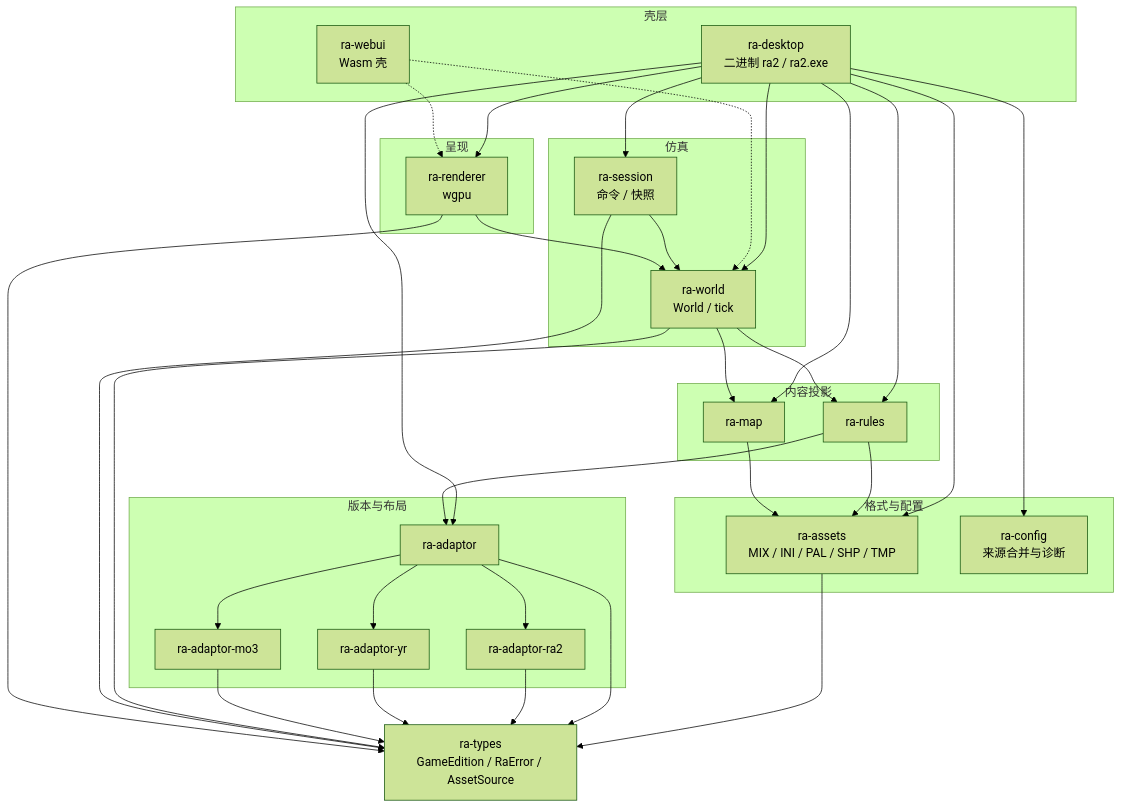
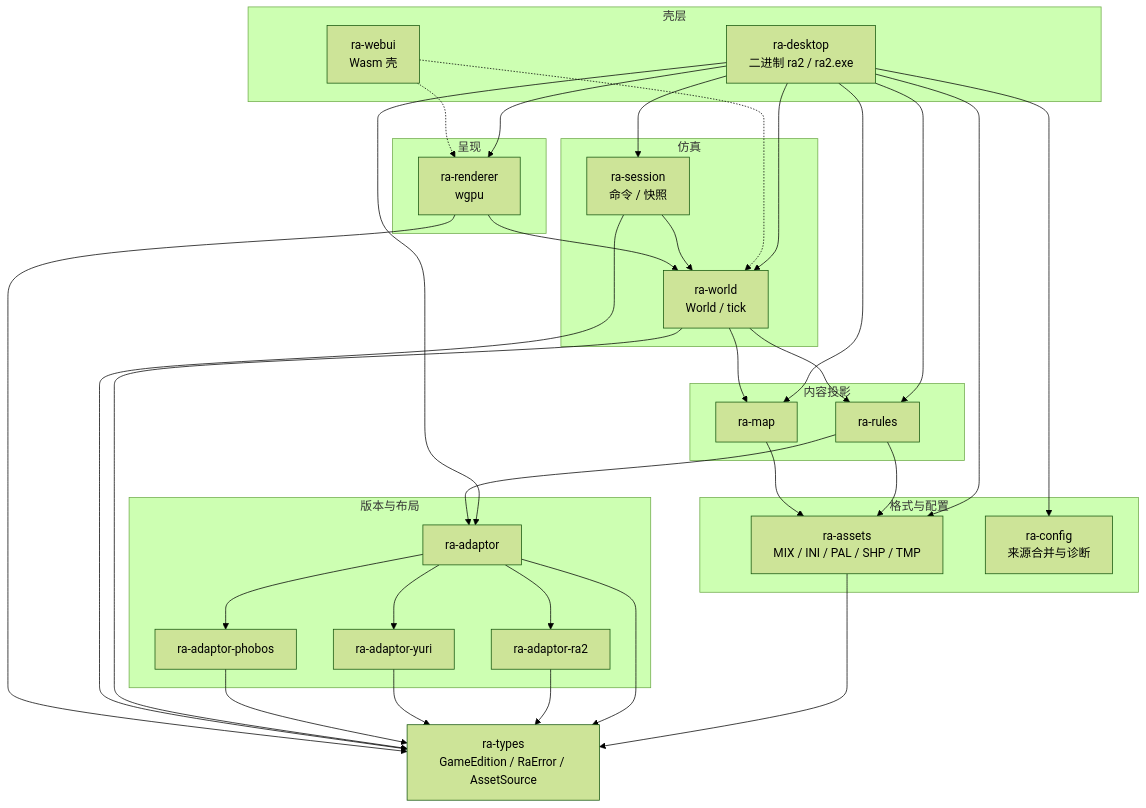
One commit to rust-alert/ra2.exe changed the first of 2 diagrams in readme.md. Above: the diagram before and after it, drawn with Mermaid (forest theme). The commit also changed other lines of this file and 16 other files, not shown here.

First line of the commit message:
♻️ Fold Mental Omega into `ra-adaptor-phobos` and rename Yuri adaptor

````diff
--- a/readme.md
+++ b/readme.md
@@ -17,63 +17,63 @@
 ```mermaid
 flowchart TB
     subgraph shells["壳层"]
         desktop["ra-desktop<br/>二进制 ra2 / ra2.exe"]
         webui["ra-webui<br/>Wasm 壳"]
     end
 
     subgraph present["呈现"]
         renderer["ra-renderer<br/>wgpu"]
     end
 
     subgraph sim["仿真"]
         world["ra-world<br/>World / tick"]
         session["ra-session<br/>命令 / 快照"]
     end
 
     subgraph content["内容投影"]
         rules["ra-rules"]
         map["ra-map"]
     end
 
     subgraph formats["格式与配置"]
         assets["ra-assets<br/>MIX / INI / PAL / SHP / TMP"]
         config["ra-config<br/>来源合并与诊断"]
     end
 
     subgraph adapt["版本与布局"]
         adaptor["ra-adaptor"]
         ra2tbl["ra-adaptor-ra2"]
-        yrtbl["ra-adaptor-yr"]
-        mo3["ra-adaptor-mo3"]
+        yrtbl["ra-adaptor-yuri"]
+        mo3["ra-adaptor-phobos"]
     end
 
     types["ra-types<br/>GameEdition / RaError / AssetSource"]
     desktop --> config
     desktop --> renderer
     desktop --> session
     desktop --> world
     desktop --> rules
     desktop --> map
     desktop --> assets
     desktop --> adaptor
     webui -.-> renderer
     webui -.-> world
     session --> world
     renderer --> world
     world --> rules
     world --> map
     rules --> adaptor
     rules --> assets
     map --> assets
     adaptor --> ra2tbl
     adaptor --> yrtbl
     adaptor --> mo3
     assets --> types
     adaptor --> types
     ra2tbl --> types
     yrtbl --> types
     mo3 --> types
     world --> types
     session --> types
     renderer --> types
 ```
````
